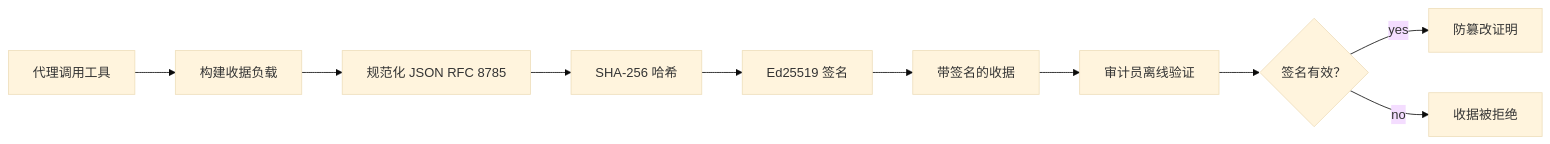
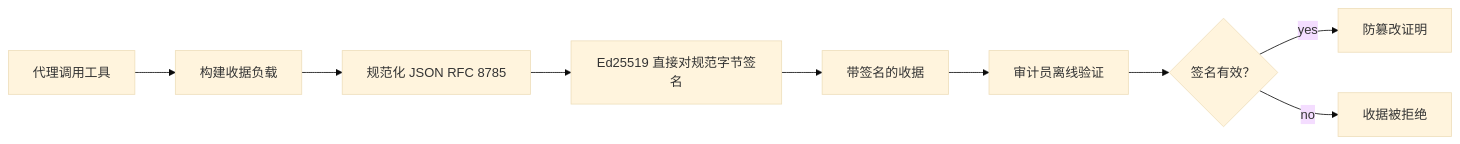
Before and after one commit to microsoft/ai-agents-for-beginners: the first of 2 diagrams in translations/zh-CN/18-securing-ai-agents/README.md, drawn with Mermaid (base theme). The commit also changed other lines of this file, not shown here.

````diff
--- a/translations/zh-CN/18-securing-ai-agents/README.md
+++ b/translations/zh-CN/18-securing-ai-agents/README.md
@@ -51,12 +51,11 @@
 ```mermaid
 flowchart LR
     A[代理调用工具] --> B[构建收据负载]
     B --> C[规范化 JSON RFC 8785]
-    C --> D[SHA-256 哈希]
-    D --> E[Ed25519 签名]
+    C --> E[Ed25519 直接对规范字节签名]
     E --> F[带签名的收据]
     F --> G[审计员离线验证]
     G --> H{签名有效？}
     H -- yes --> I[防篡改证明]
     H -- no --> J[收据被拒绝]
 ```
````
